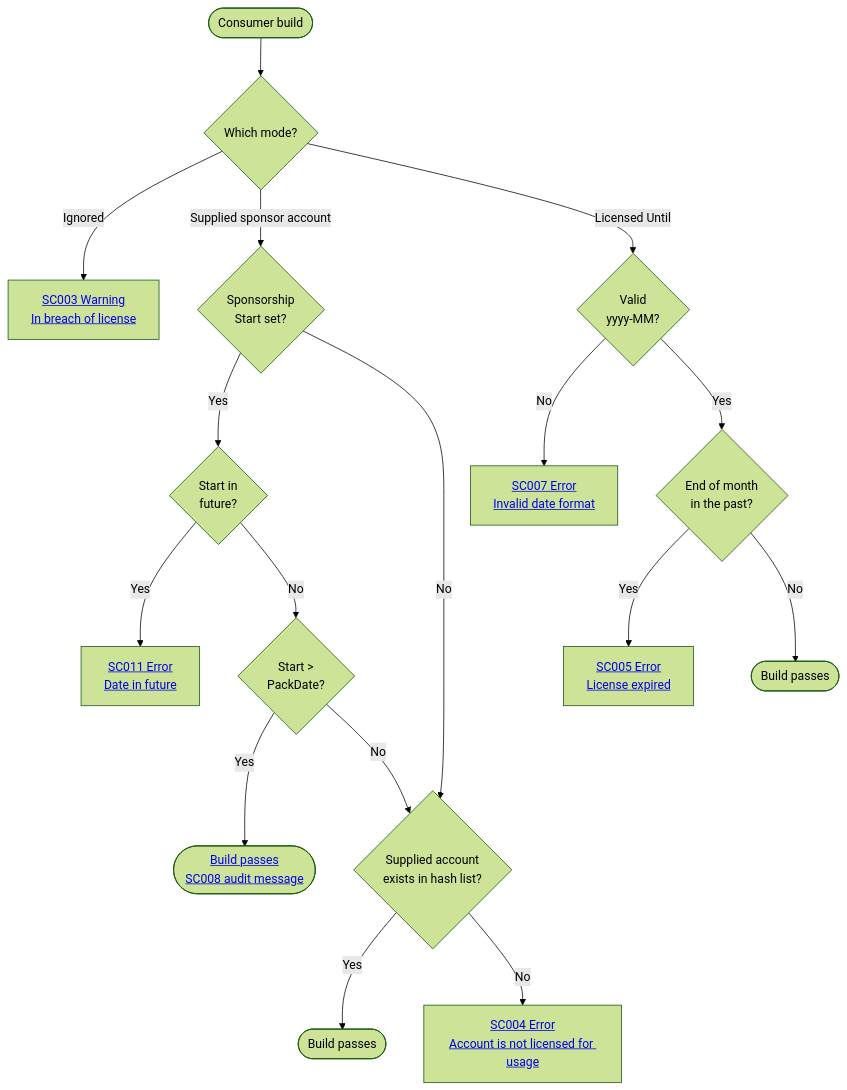
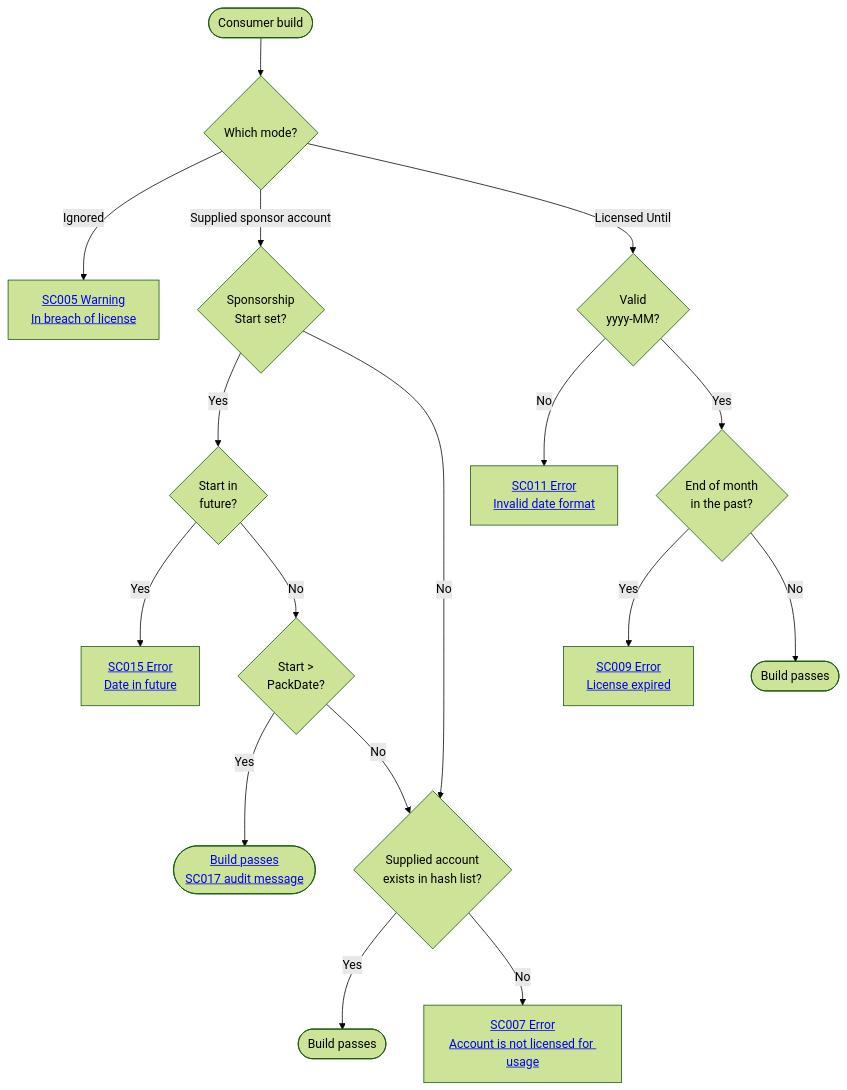
Before and after one commit to SimonCropp/SponsorCheck: the diagram in docs/VerifierDiagnosticCodes.md, drawn with Mermaid (forest theme). The commit also changed other lines of this file and 46 other files, not shown here.

````diff
--- a/docs/VerifierDiagnosticCodes.md
+++ b/docs/VerifierDiagnosticCodes.md
@@ -10,23 +12,23 @@
 ```mermaid
 flowchart TD
     Start([Consumer build]) --> Which{Which mode?}
 
-    Which -->|Ignored| SC003[<a href='https://github.com/SimonCropp/SponsorCheck/blob/main/docs/VerifierDiagnosticCodes.md#sc003'>SC003 Warning<br/>In breach of license</a>]
+    Which -->|Ignored| SC005[<a href='https://github.com/SimonCropp/SponsorCheck/blob/main/docs/VerifierDiagnosticCodes.md#sc005'>SC005 Warning<br/>In breach of license</a>]
 
     Which -->|Supplied sponsor account| HasStart{Sponsorship<br/>Start set?}
     HasStart -->|Yes| Future{Start in<br/>future?}
-    Future -->|Yes| SC011[<a href='https://github.com/SimonCropp/SponsorCheck/blob/main/docs/VerifierDiagnosticCodes.md#sc011'>SC011 Error<br/>Date in future</a>]
+    Future -->|Yes| SC015[<a href='https://github.com/SimonCropp/SponsorCheck/blob/main/docs/VerifierDiagnosticCodes.md#sc015'>SC015 Error<br/>Date in future</a>]
     Future -->|No| AfterPack{Start &gt;<br/>PackDate?}
-    AfterPack -->|Yes| PassAttest([<a href='https://github.com/SimonCropp/SponsorCheck/blob/main/docs/VerifierDiagnosticCodes.md#sc008'>Build passes<br/>SC008 audit message</a>])
+    AfterPack -->|Yes| PassAttest([<a href='https://github.com/SimonCropp/SponsorCheck/blob/main/docs/VerifierDiagnosticCodes.md#sc017'>Build passes<br/>SC017 audit message</a>])
     AfterPack -->|No| Match
     HasStart -->|No| Match
     Match{Supplied account<br/>exists in hash list?}
     Match -->|Yes| PassSponsor([Build passes])
-    Match -->|No| SC004[<a href='https://github.com/SimonCropp/SponsorCheck/blob/main/docs/VerifierDiagnosticCodes.md#sc004'>SC004 Error<br/>Account is not licensed for usage</a>]
+    Match -->|No| SC007[<a href='https://github.com/SimonCropp/SponsorCheck/blob/main/docs/VerifierDiagnosticCodes.md#sc007'>SC007 Error<br/>Account is not licensed for usage</a>]
 
     Which -->|Licensed Until| ParseYM{Valid<br/>yyyy-MM?}
-    ParseYM -->|No| SC007[<a href='https://github.com/SimonCropp/SponsorCheck/blob/main/docs/VerifierDiagnosticCodes.md#sc007'>SC007 Error<br/>Invalid date format</a>]
+    ParseYM -->|No| SC011[<a href='https://github.com/SimonCropp/SponsorCheck/blob/main/docs/VerifierDiagnosticCodes.md#sc011'>SC011 Error<br/>Invalid date format</a>]
     ParseYM -->|Yes| Expired{End of month<br/>in the past?}
-    Expired -->|Yes| SC005[<a href='https://github.com/SimonCropp/SponsorCheck/blob/main/docs/VerifierDiagnosticCodes.md#sc005'>SC005 Error<br/>License expired</a>]
+    Expired -->|Yes| SC009[<a href='https://github.com/SimonCropp/SponsorCheck/blob/main/docs/VerifierDiagnosticCodes.md#sc009'>SC009 Error<br/>License expired</a>]
     Expired -->|No| PassLicense([Build passes])
 ```
````
